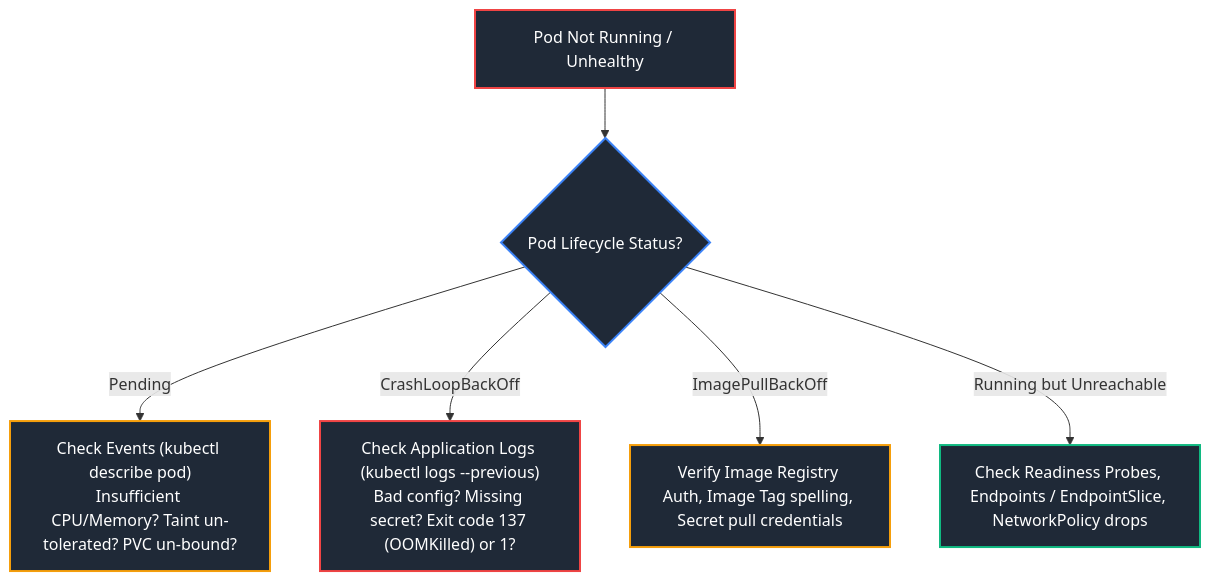
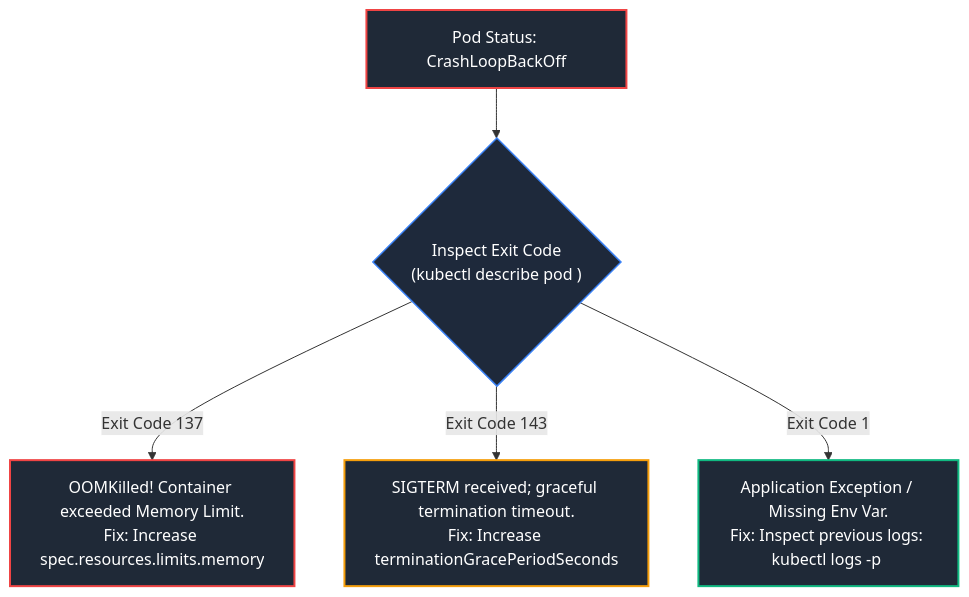
The tenth of 10 diagrams in Cloud Engineering/08_containers_kubernetes_and_gitops.md (joydeep-biswas/Interview-Preparation), drawn with Mermaid before and after one commit. The commit also changed other lines of this file and 143 other files, not shown here.

````diff
--- a/Cloud Engineering/08_containers_kubernetes_and_gitops.md
+++ b/Cloud Engineering/08_containers_kubernetes_and_gitops.md
@@ -488,15 +940,13 @@
 ```mermaid
 flowchart TD
-    Issue["Pod Not Running / Unhealthy"] --> Status{"Pod Lifecycle Status?"}
-    Status -->|"Pending"| PendingCheck["Check Events (kubectl describe pod)<br/>Insufficient CPU/Memory? Taint un-tolerated? PVC un-bound?"]
-    Status -->|"CrashLoopBackOff"| CrashCheck["Check Application Logs (kubectl logs --previous)<br/>Bad config? Missing secret? Exit code 137 (OOMKilled) or 1?"]
-    Status -->|"ImagePullBackOff"| ImageCheck["Verify Image Registry Auth, Image Tag spelling, Secret pull credentials"]
-    Status -->|"Running but Unreachable"| NetCheck["Check Readiness Probes, Endpoints / EndpointSlice, NetworkPolicy drops"]
+    Crash["Pod Status: CrashLoopBackOff"] --> Code{"Inspect Exit Code<br/>(kubectl describe pod <name>)"}
+    Code -->|"Exit Code 137"| OOM["OOMKilled! Container exceeded Memory Limit.<br/>Fix: Increase spec.resources.limits.memory"]
+    Code -->|"Exit Code 143"| SIGTERM["SIGTERM received; graceful termination timeout.<br/>Fix: Increase terminationGracePeriodSeconds"]
+    Code -->|"Exit Code 1"| AppCrash["Application Exception / Missing Env Var.<br/>Fix: Inspect previous logs: kubectl logs -p <pod>"]
 
-    style Issue fill:#1f2937,stroke:#ef4444,stroke-width:2px,color:#fff
-    style Status fill:#1f2937,stroke:#3b82f6,stroke-width:2px,color:#fff
-    style PendingCheck fill:#1f2937,stroke:#f59e0b,stroke-width:2px,color:#fff
-    style CrashCheck fill:#1f2937,stroke:#ef4444,stroke-width:2px,color:#fff
-    style ImageCheck fill:#1f2937,stroke:#f59e0b,stroke-width:2px,color:#fff
-    style NetCheck fill:#1f2937,stroke:#10b981,stroke-width:2px,color:#fff
+    style Crash fill:#1f2937,stroke:#ef4444,stroke-width:2px,color:#fff
+    style Code fill:#1e293b,stroke:#3b82f6,stroke-width:1.5px,color:#fff
+    style OOM fill:#1f2937,stroke:#ef4444,stroke-width:2px,color:#fff
+    style SIGTERM fill:#1f2937,stroke:#f59e0b,stroke-width:2px,color:#fff
+    style AppCrash fill:#1f2937,stroke:#10b981,stroke-width:2px,color:#fff
 ```
````
